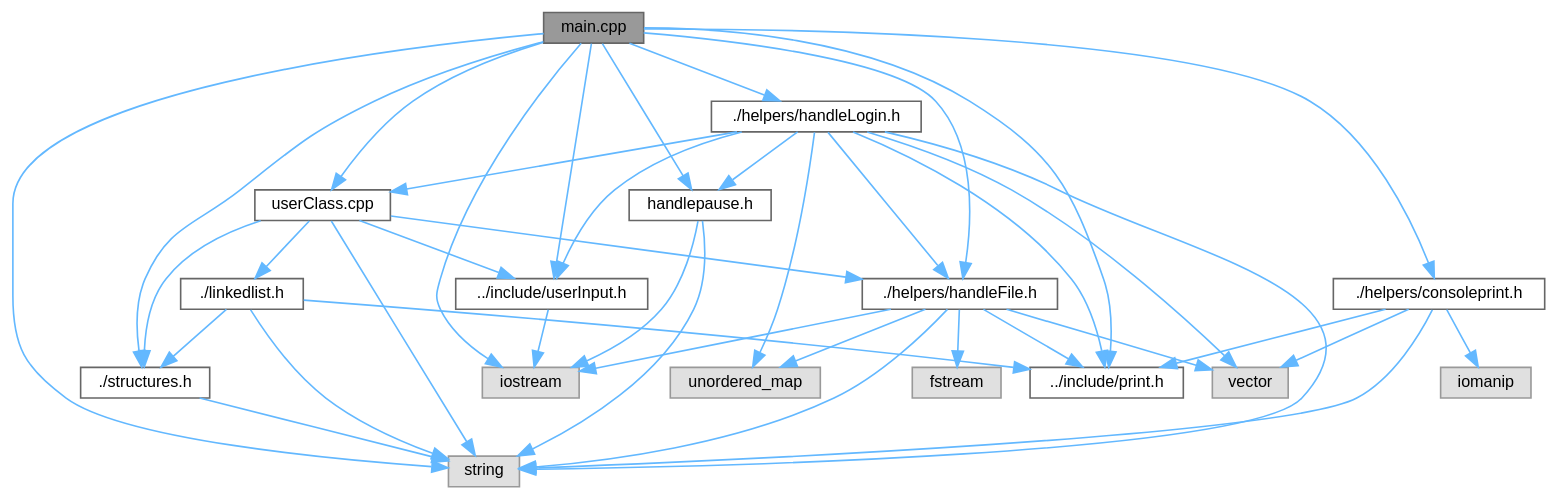
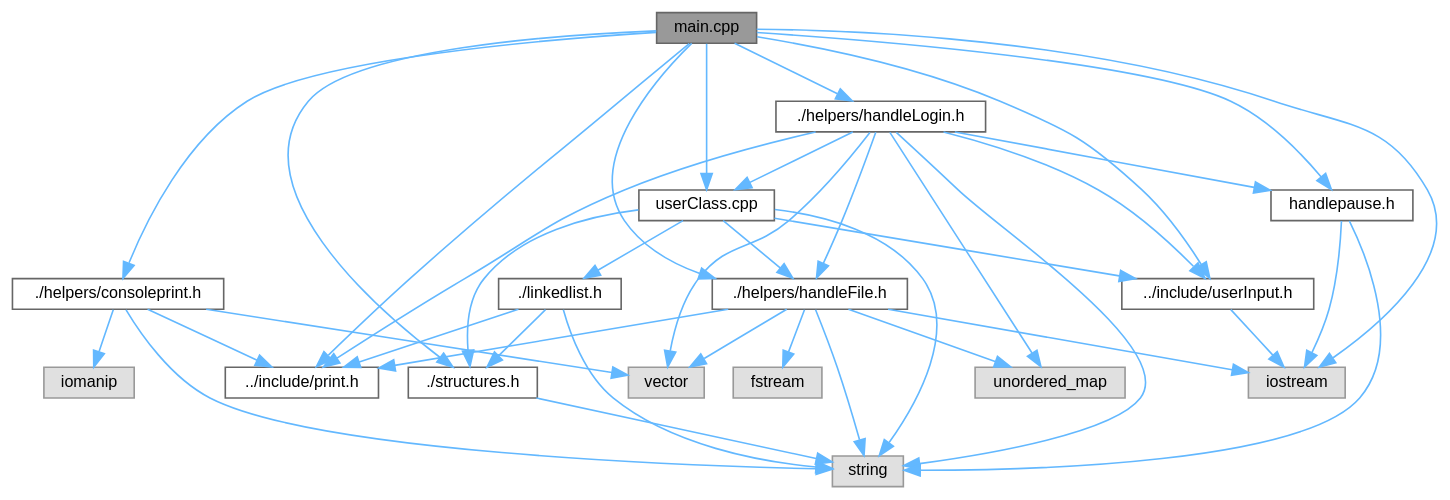
One commit to Angelo11199/compro2Final changed the diagram in main_8cpp__incl.dot. Above: the diagram before and after it, drawn with Graphviz. The commit also changed 103 other files, not shown here.

```diff
--- a/main_8cpp__incl.dot
+++ b/main_8cpp__incl.dot
@@ -1,63 +1,62 @@
 digraph "main.cpp"
 {
  // LATEX_PDF_SIZE
   bgcolor="transparent";
   edge [fontname=Helvetica,fontsize=10,labelfontname=Helvetica,labelfontsize=10];
   node [fontname=Helvetica,fontsize=10,shape=box,height=0.2,width=0.4];
   Node1 [id="Node000001",label="main.cpp",height=0.2,width=0.4,color="gray40", fillcolor="grey60", style="filled", fontcolor="black",tooltip=" "];
   Node1 -> Node2 [id="edge1_Node000001_Node000002",color="steelblue1",style="solid",tooltip=" "];
   Node2 [id="Node000002",label="iostream",height=0.2,width=0.4,color="grey60", fillcolor="#E0E0E0", style="filled",tooltip=" "];
   Node1 -> Node3 [id="edge2_Node000001_Node000003",color="steelblue1",style="solid",tooltip=" "];
-  Node3 [id="Node000003",label="string",height=0.2,width=0.4,color="grey60", fillcolor="#E0E0E0", style="filled",tooltip=" "];
-  Node1 -> Node4 [id="edge3_Node000001_Node000004",color="steelblue1",style="solid",tooltip=" "];
-  Node4 [id="Node000004",label="./helpers/consoleprint.h",height=0.2,width=0.4,color="grey40", fillcolor="white", style="filled",URL="$consoleprint_8h.html",tooltip=" "];
-  Node4 -> Node5 [id="edge4_Node000004_Node000005",color="steelblue1",style="solid",tooltip=" "];
-  Node5 [id="Node000005",label="iomanip",height=0.2,width=0.4,color="grey60", fillcolor="#E0E0E0", style="filled",tooltip=" "];
-  Node4 -> Node3 [id="edge5_Node000004_Node000003",color="steelblue1",style="solid",tooltip=" "];
-  Node4 -> Node6 [id="edge6_Node000004_Node000006",color="steelblue1",style="solid",tooltip=" "];
+  Node3 [id="Node000003",label="./helpers/consoleprint.h",height=0.2,width=0.4,color="grey40", fillcolor="white", style="filled",URL="$consoleprint_8h.html",tooltip=" "];
+  Node3 -> Node4 [id="edge3_Node000003_Node000004",color="steelblue1",style="solid",tooltip=" "];
+  Node4 [id="Node000004",label="iomanip",height=0.2,width=0.4,color="grey60", fillcolor="#E0E0E0", style="filled",tooltip=" "];
+  Node3 -> Node5 [id="edge4_Node000003_Node000005",color="steelblue1",style="solid",tooltip=" "];
+  Node5 [id="Node000005",label="string",height=0.2,width=0.4,color="grey60", fillcolor="#E0E0E0", style="filled",tooltip=" "];
+  Node3 -> Node6 [id="edge5_Node000003_Node000006",color="steelblue1",style="solid",tooltip=" "];
   Node6 [id="Node000006",label="vector",height=0.2,width=0.4,color="grey60", fillcolor="#E0E0E0", style="filled",tooltip=" "];
-  Node4 -> Node7 [id="edge7_Node000004_Node000007",color="steelblue1",style="solid",tooltip=" "];
+  Node3 -> Node7 [id="edge6_Node000003_Node000007",color="steelblue1",style="solid",tooltip=" "];
   Node7 [id="Node000007",label="../include/print.h",height=0.2,width=0.4,color="grey40", fillcolor="white", style="filled",URL="$print_8h.html",tooltip=" "];
-  Node1 -> Node8 [id="edge8_Node000001_Node000008",color="steelblue1",style="solid",tooltip=" "];
+  Node1 -> Node8 [id="edge7_Node000001_Node000008",color="steelblue1",style="solid",tooltip=" "];
   Node8 [id="Node000008",label="./helpers/handleFile.h",height=0.2,width=0.4,color="grey40", fillcolor="white", style="filled",URL="$handle_file_8h.html",tooltip=" "];
-  Node8 -> Node9 [id="edge9_Node000008_Node000009",color="steelblue1",style="solid",tooltip=" "];
+  Node8 -> Node9 [id="edge8_Node000008_Node000009",color="steelblue1",style="solid",tooltip=" "];
   Node9 [id="Node000009",label="fstream",height=0.2,width=0.4,color="grey60", fillcolor="#E0E0E0", style="filled",tooltip=" "];
-  Node8 -> Node2 [id="edge10_Node000008_Node000002",color="steelblue1",style="solid",tooltip=" "];
-  Node8 -> Node3 [id="edge11_Node000008_Node000003",color="steelblue1",style="solid",tooltip=" "];
-  Node8 -> Node10 [id="edge12_Node000008_Node000010",color="steelblue1",style="solid",tooltip=" "];
+  Node8 -> Node2 [id="edge9_Node000008_Node000002",color="steelblue1",style="solid",tooltip=" "];
+  Node8 -> Node5 [id="edge10_Node000008_Node000005",color="steelblue1",style="solid",tooltip=" "];
+  Node8 -> Node10 [id="edge11_Node000008_Node000010",color="steelblue1",style="solid",tooltip=" "];
   Node10 [id="Node000010",label="unordered_map",height=0.2,width=0.4,color="grey60", fillcolor="#E0E0E0", style="filled",tooltip=" "];
-  Node8 -> Node6 [id="edge13_Node000008_Node000006",color="steelblue1",style="solid",tooltip=" "];
-  Node8 -> Node7 [id="edge14_Node000008_Node000007",color="steelblue1",style="solid",tooltip=" "];
-  Node1 -> Node11 [id="edge15_Node000001_Node000011",color="steelblue1",style="solid",tooltip=" "];
+  Node8 -> Node6 [id="edge12_Node000008_Node000006",color="steelblue1",style="solid",tooltip=" "];
+  Node8 -> Node7 [id="edge13_Node000008_Node000007",color="steelblue1",style="solid",tooltip=" "];
+  Node1 -> Node11 [id="edge14_Node000001_Node000011",color="steelblue1",style="solid",tooltip=" "];
   Node11 [id="Node000011",label="./helpers/handleLogin.h",height=0.2,width=0.4,color="grey40", fillcolor="white", style="filled",URL="$handle_login_8h.html",tooltip=" "];
-  Node11 -> Node3 [id="edge16_Node000011_Node000003",color="steelblue1",style="solid",tooltip=" "];
-  Node11 -> Node10 [id="edge17_Node000011_Node000010",color="steelblue1",style="solid",tooltip=" "];
-  Node11 -> Node6 [id="edge18_Node000011_Node000006",color="steelblue1",style="solid",tooltip=" "];
-  Node11 -> Node7 [id="edge19_Node000011_Node000007",color="steelblue1",style="solid",tooltip=" "];
-  Node11 -> Node12 [id="edge20_Node000011_Node000012",color="steelblue1",style="solid",tooltip=" "];
+  Node11 -> Node5 [id="edge15_Node000011_Node000005",color="steelblue1",style="solid",tooltip=" "];
+  Node11 -> Node10 [id="edge16_Node000011_Node000010",color="steelblue1",style="solid",tooltip=" "];
+  Node11 -> Node6 [id="edge17_Node000011_Node000006",color="steelblue1",style="solid",tooltip=" "];
+  Node11 -> Node7 [id="edge18_Node000011_Node000007",color="steelblue1",style="solid",tooltip=" "];
+  Node11 -> Node12 [id="edge19_Node000011_Node000012",color="steelblue1",style="solid",tooltip=" "];
   Node12 [id="Node000012",label="../include/userInput.h",height=0.2,width=0.4,color="grey40", fillcolor="white", style="filled",URL="$user_input_8h.html",tooltip=" "];
-  Node12 -> Node2 [id="edge21_Node000012_Node000002",color="steelblue1",style="solid",tooltip=" "];
-  Node11 -> Node8 [id="edge22_Node000011_Node000008",color="steelblue1",style="solid",tooltip=" "];
-  Node11 -> Node13 [id="edge23_Node000011_Node000013",color="steelblue1",style="solid",tooltip=" "];
+  Node12 -> Node2 [id="edge20_Node000012_Node000002",color="steelblue1",style="solid",tooltip=" "];
+  Node11 -> Node8 [id="edge21_Node000011_Node000008",color="steelblue1",style="solid",tooltip=" "];
+  Node11 -> Node13 [id="edge22_Node000011_Node000013",color="steelblue1",style="solid",tooltip=" "];
   Node13 [id="Node000013",label="handlepause.h",height=0.2,width=0.4,color="grey40", fillcolor="white", style="filled",URL="$handlepause_8h.html",tooltip=" "];
-  Node13 -> Node2 [id="edge24_Node000013_Node000002",color="steelblue1",style="solid",tooltip=" "];
-  Node13 -> Node3 [id="edge25_Node000013_Node000003",color="steelblue1",style="solid",tooltip=" "];
-  Node11 -> Node14 [id="edge26_Node000011_Node000014",color="steelblue1",style="solid",tooltip=" "];
+  Node13 -> Node2 [id="edge23_Node000013_Node000002",color="steelblue1",style="solid",tooltip=" "];
+  Node13 -> Node5 [id="edge24_Node000013_Node000005",color="steelblue1",style="solid",tooltip=" "];
+  Node11 -> Node14 [id="edge25_Node000011_Node000014",color="steelblue1",style="solid",tooltip=" "];
   Node14 [id="Node000014",label="userClass.cpp",height=0.2,width=0.4,color="grey40", fillcolor="white", style="filled",URL="$user_class_8cpp.html",tooltip=" "];
-  Node14 -> Node3 [id="edge27_Node000014_Node000003",color="steelblue1",style="solid",tooltip=" "];
-  Node14 -> Node12 [id="edge28_Node000014_Node000012",color="steelblue1",style="solid",tooltip=" "];
-  Node14 -> Node8 [id="edge29_Node000014_Node000008",color="steelblue1",style="solid",tooltip=" "];
-  Node14 -> Node15 [id="edge30_Node000014_Node000015",color="steelblue1",style="solid",tooltip=" "];
+  Node14 -> Node5 [id="edge26_Node000014_Node000005",color="steelblue1",style="solid",tooltip=" "];
+  Node14 -> Node12 [id="edge27_Node000014_Node000012",color="steelblue1",style="solid",tooltip=" "];
+  Node14 -> Node8 [id="edge28_Node000014_Node000008",color="steelblue1",style="solid",tooltip=" "];
+  Node14 -> Node15 [id="edge29_Node000014_Node000015",color="steelblue1",style="solid",tooltip=" "];
   Node15 [id="Node000015",label="./linkedlist.h",height=0.2,width=0.4,color="grey40", fillcolor="white", style="filled",URL="$linkedlist_8h.html",tooltip=" "];
-  Node15 -> Node3 [id="edge31_Node000015_Node000003",color="steelblue1",style="solid",tooltip=" "];
-  Node15 -> Node7 [id="edge32_Node000015_Node000007",color="steelblue1",style="solid",tooltip=" "];
-  Node15 -> Node16 [id="edge33_Node000015_Node000016",color="steelblue1",style="solid",tooltip=" "];
+  Node15 -> Node5 [id="edge30_Node000015_Node000005",color="steelblue1",style="solid",tooltip=" "];
+  Node15 -> Node7 [id="edge31_Node000015_Node000007",color="steelblue1",style="solid",tooltip=" "];
+  Node15 -> Node16 [id="edge32_Node000015_Node000016",color="steelblue1",style="solid",tooltip=" "];
   Node16 [id="Node000016",label="./structures.h",height=0.2,width=0.4,color="grey40", fillcolor="white", style="filled",URL="$structures_8h.html",tooltip=" "];
-  Node16 -> Node3 [id="edge34_Node000016_Node000003",color="steelblue1",style="solid",tooltip=" "];
-  Node14 -> Node16 [id="edge35_Node000014_Node000016",color="steelblue1",style="solid",tooltip=" "];
-  Node1 -> Node13 [id="edge36_Node000001_Node000013",color="steelblue1",style="solid",tooltip=" "];
-  Node1 -> Node16 [id="edge37_Node000001_Node000016",color="steelblue1",style="solid",tooltip=" "];
-  Node1 -> Node14 [id="edge38_Node000001_Node000014",color="steelblue1",style="solid",tooltip=" "];
-  Node1 -> Node7 [id="edge39_Node000001_Node000007",color="steelblue1",style="solid",tooltip=" "];
-  Node1 -> Node12 [id="edge40_Node000001_Node000012",color="steelblue1",style="solid",tooltip=" "];
+  Node16 -> Node5 [id="edge33_Node000016_Node000005",color="steelblue1",style="solid",tooltip=" "];
+  Node14 -> Node16 [id="edge34_Node000014_Node000016",color="steelblue1",style="solid",tooltip=" "];
+  Node1 -> Node13 [id="edge35_Node000001_Node000013",color="steelblue1",style="solid",tooltip=" "];
+  Node1 -> Node16 [id="edge36_Node000001_Node000016",color="steelblue1",style="solid",tooltip=" "];
+  Node1 -> Node14 [id="edge37_Node000001_Node000014",color="steelblue1",style="solid",tooltip=" "];
+  Node1 -> Node7 [id="edge38_Node000001_Node000007",color="steelblue1",style="solid",tooltip=" "];
+  Node1 -> Node12 [id="edge39_Node000001_Node000012",color="steelblue1",style="solid",tooltip=" "];
 }
```
